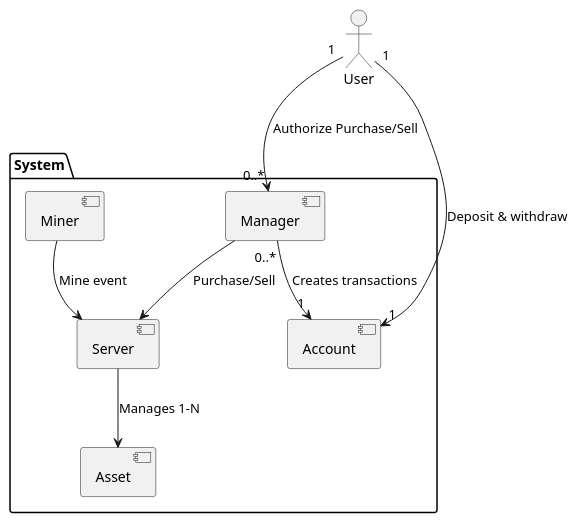
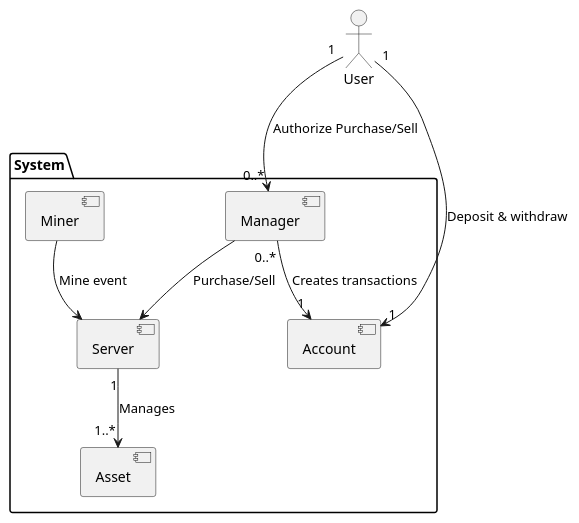
The first of 2 diagrams in report.md (Avantika019-sys/APK-Bank-system), drawn with PlantUML before and after one commit. The commit also changed other lines of this file and 1 other file, not shown here.

````diff
--- a/report.md
+++ b/report.md
@@ -38,22 +36,22 @@
 ```plantuml
 @startuml
 actor User
 ' Define components
 package "System" {
     [Manager] 
     [Account]
     [Server]
     [Miner]
     [Asset]
 }
 
 ' Define relationships
 Manager --> Server : Purchase/Sell
 Manager"0..*" --> "1"Account : Creates transactions
-Server --> Asset : Manages 1-N
+Server"1" -->"1..*" Asset : Manages 
 User "1" -->"1" Account  : Deposit & withdraw
 User "1"--> "0..*"Manager : Authorize Purchase/Sell
 Miner --> Server : Mine event
 
 @enduml
 ```
````
